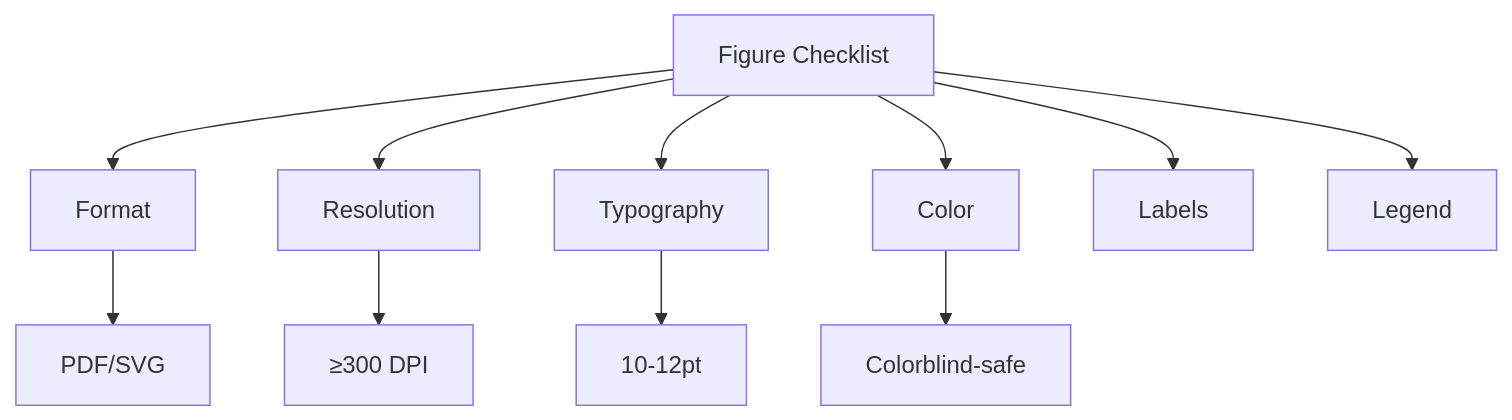
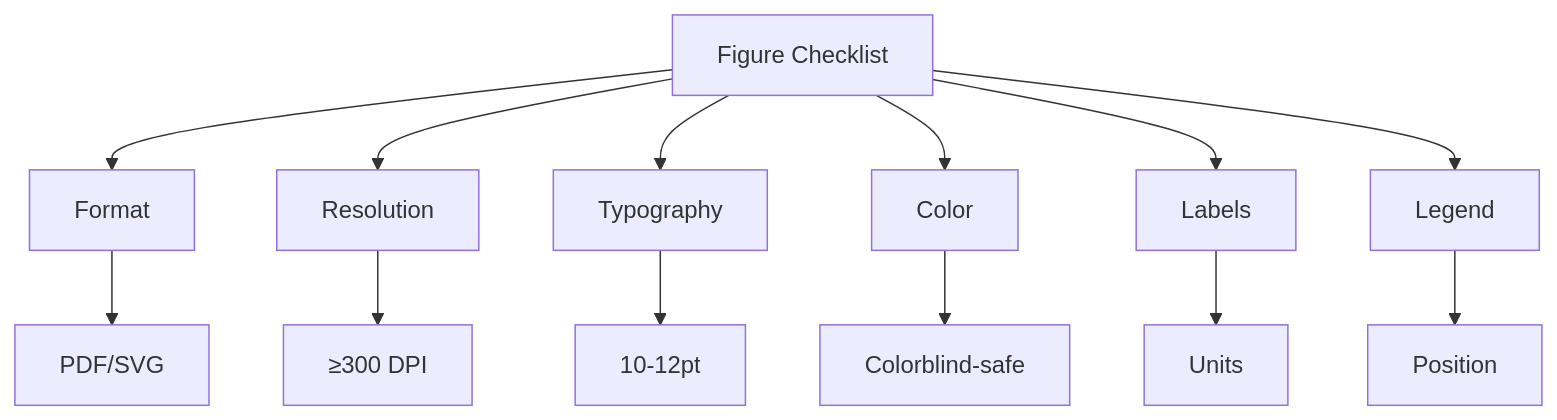
The fifth of 5 diagrams in 02_MSc_DataDriven_Modeling/core_courses/MSDM_5002/README.md (yip-lgtm/PhysicsSelfStudy), drawn with Mermaid before and after one commit. The commit also changed other lines of this file and 17 other files, not shown here.

````diff
--- a/02_MSc_DataDriven_Modeling/core_courses/MSDM_5002/README.md
+++ b/02_MSc_DataDriven_Modeling/core_courses/MSDM_5002/README.md
@@ -386,13 +629,15 @@
 ```mermaid
 graph TD
     A[Figure Checklist] --> B[Format]
     A --> C[Resolution]
     A --> D[Typography]
     A --> E[Color]
     A --> F[Labels]
     A --> G[Legend]
     B --> H[PDF/SVG]
     C --> I[≥300 DPI]
     D --> J[10-12pt]
     E --> K[Colorblind-safe]
+    F --> L[Units]
+    G --> M[Position]
 ```
````
